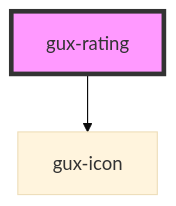
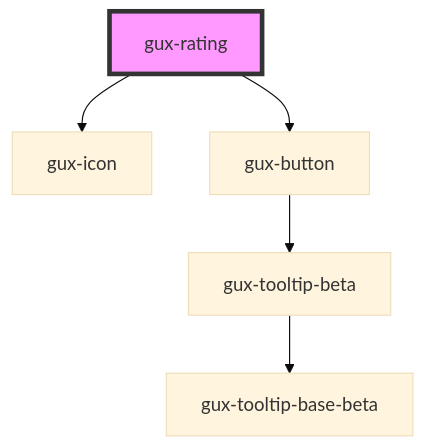
Before and after one commit to MyPureCloud/genesys-spark: the diagram in packages/genesys-spark-components/src/components/stable/gux-rating/readme.md, drawn with Mermaid (base theme). The commit also changed other lines of this file and 6 other files, not shown here.

````diff
--- a/packages/genesys-spark-components/src/components/stable/gux-rating/readme.md
+++ b/packages/genesys-spark-components/src/components/stable/gux-rating/readme.md
@@ -31,5 +33,8 @@
 ```mermaid
 graph TD;
   gux-rating --> gux-icon
+  gux-rating --> gux-button
+  gux-button --> gux-tooltip-beta
+  gux-tooltip-beta --> gux-tooltip-base-beta
   style gux-rating fill:#f9f,stroke:#333,stroke-width:4px
 ```
````
